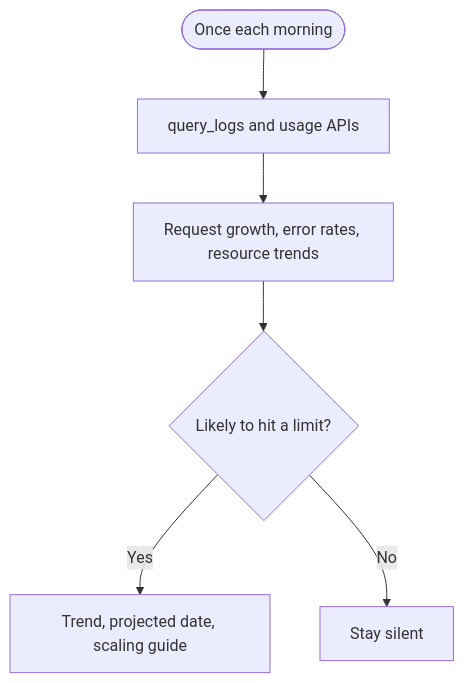
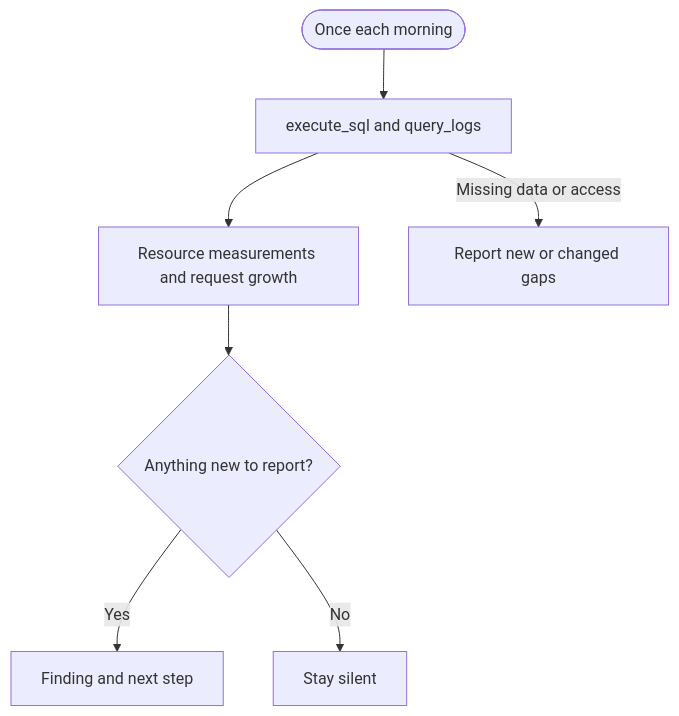
Before and after one commit to supabase/supabase: the diagram in apps/docs/content/guides/observability/automate-with-agents/usage.mdx, drawn with Mermaid. The commit also changed other lines of this file and 10 other files, not shown here.

````diff
--- a/apps/docs/content/guides/observability/automate-with-agents/usage.mdx
+++ b/apps/docs/content/guides/observability/automate-with-agents/usage.mdx
@@ -8,8 +8,9 @@
 ```mermaid
 flowchart TD
-  Schedule([Once each morning]) --> Inspect[query_logs and usage APIs]
-  Inspect --> Signals["Request growth, error rates, resource trends"]
-  Signals --> Limit{Likely to hit a limit?}
-  Limit -->|Yes| Report["Trend, projected date, scaling guide"]
-  Limit -->|No| Silent[Stay silent]
+  Schedule([Once each morning]) --> Inspect[execute_sql and query_logs]
+  Inspect --> Signals["Resource measurements and request growth"]
+  Signals --> Review{Anything new to report?}
+  Review -->|Yes| Report[Finding and next step]
+  Review -->|No| Silent[Stay silent]
+  Inspect -->|Missing data or access| Gap[Report new or changed gaps]
 ```
````
